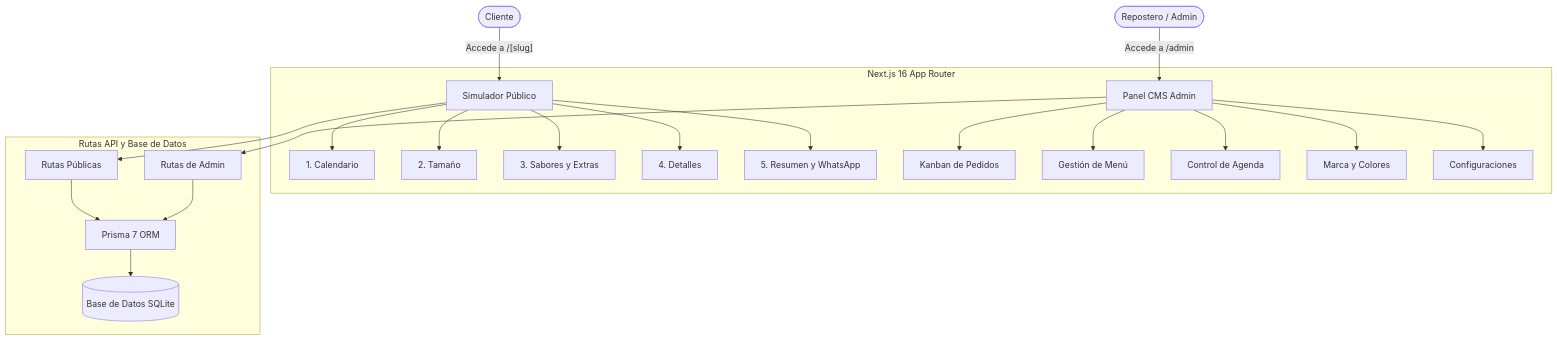
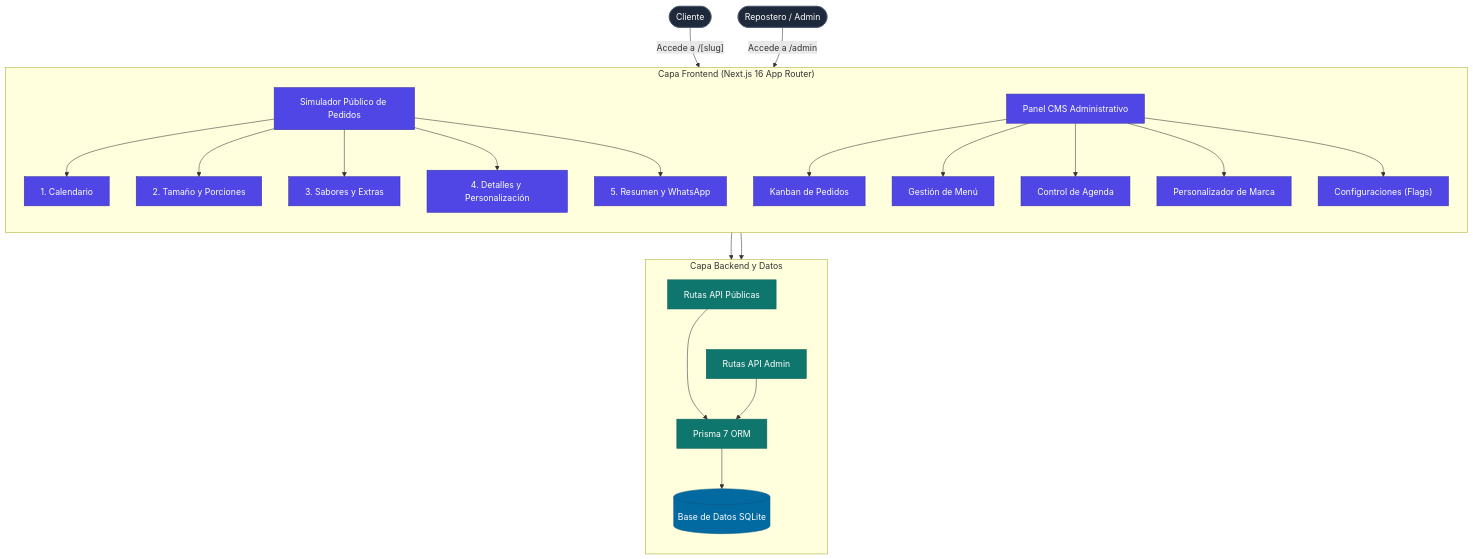
The diagram in README.es.md (Gyliardson/lmere-studio), drawn with Mermaid before and after one commit. The commit also changed 4 other files, not shown here.

Commit message:
docs: improve mermaid architecture diagrams alignment and styling

````diff
--- a/README.es.md
+++ b/README.es.md
@@ -65,39 +65,64 @@
 ```mermaid
-graph TD
-    User(["Cliente"])
-    Admin(["Repostero / Admin"])
+flowchart TD
+    Customer(["Cliente"])
+    Owner(["Repostero / Admin"])
 
-    subgraph Frontend ["Next.js 16 App Router"]
-        Simulator["Simulador Público"]
-        CMS["Panel CMS Admin"]
+    subgraph Frontend["Capa Frontend (Next.js 16 App Router)"]
+        direction TD
+        Simulator["Simulador Público de Pedidos"]
+        CMS["Panel CMS Administrativo"]
         
-        Simulator --> Step1["1. Calendario"]
-        Simulator --> Step2["2. Tamaño"]
-        Simulator --> Step3["3. Sabores y Extras"]
-        Simulator --> Step4["4. Detalles"]
-        Simulator --> Step5["5. Resumen y WhatsApp"]
+        S1["1. Calendario"]
+        S2["2. Tamaño y Porciones"]
+        S3["3. Sabores y Extras"]
+        S4["4. Detalles y Personalización"]
+        S5["5. Resumen y WhatsApp"]
 
-        CMS --> Orders["Kanban de Pedidos"]
-        CMS --> Menu["Gestión de Menú"]
-        CMS --> Schedule["Control de Agenda"]
-        CMS --> Brand["Marca y Colores"]
-        CMS --> Flags["Configuraciones"]
+        M1["Kanban de Pedidos"]
+        M2["Gestión de Menú"]
+        M3["Control de Agenda"]
+        M4["Personalizador de Marca"]
+        M5["Configuraciones (Flags)"]
+
+        Simulator --> S1
+        Simulator --> S2
+        Simulator --> S3
+        Simulator --> S4
+        Simulator --> S5
+
+        CMS --> M1
+        CMS --> M2
+        CMS --> M3
+        CMS --> M4
+        CMS --> M5
     end
 
-    subgraph Backend ["Rutas API y Base de Datos"]
-        API_Public["Rutas Públicas"]
-        API_Admin["Rutas de Admin"]
-        Prisma["Prisma 7 ORM"]
-        SQLite[("Base de Datos SQLite")]
-        
-        API_Public --> Prisma
-        API_Admin --> Prisma
-        Prisma --> SQLite
+    subgraph Backend["Capa Backend y Datos"]
+        direction TD
+        APIPub["Rutas API Públicas"]
+        APIAdm["Rutas API Admin"]
+        ORM["Prisma 7 ORM"]
+        DB[("Base de Datos SQLite")]
+
+        APIPub ~~~ APIAdm
+        APIPub --> ORM
+        APIAdm --> ORM
+        ORM --> DB
     end
 
-    User -->|"Accede a /[slug]"| Simulator
-    Admin -->|"Accede a /admin"| CMS
+    Customer -->|"Accede a /[slug]"| Simulator
+    Owner -->|"Accede a /admin"| CMS
 
-    Simulator --> API_Public
-    CMS --> API_Admin
+    Simulator --> APIPub
+    CMS --> APIAdm
+
+    classDef actor fill:#1e293b,stroke:#475569,color:#ffffff;
+    classDef fe fill:#4f46e5,stroke:#3730a3,color:#ffffff;
+    classDef be fill:#0f766e,stroke:#115e59,color:#ffffff;
+    classDef db fill:#0369a1,stroke:#075985,color:#ffffff;
+
+    class Customer,Owner actor;
+    class Simulator,CMS,S1,S2,S3,S4,S5,M1,M2,M3,M4,M5 fe;
+    class APIPub,APIAdm,ORM be;
+    class DB db;
 ```
````
